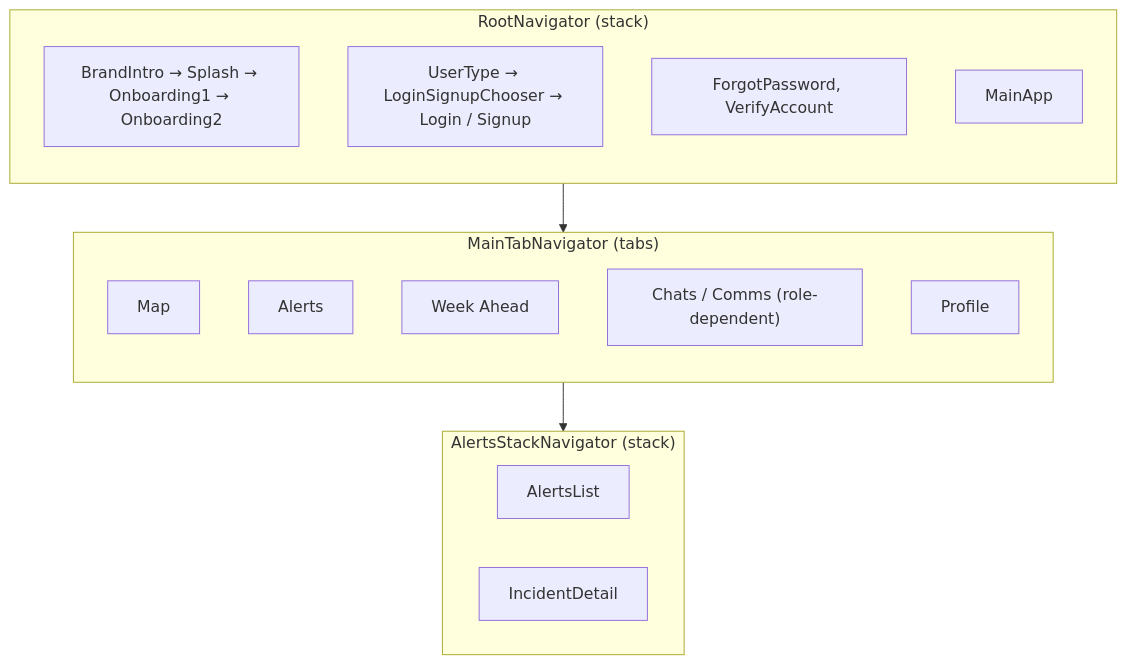
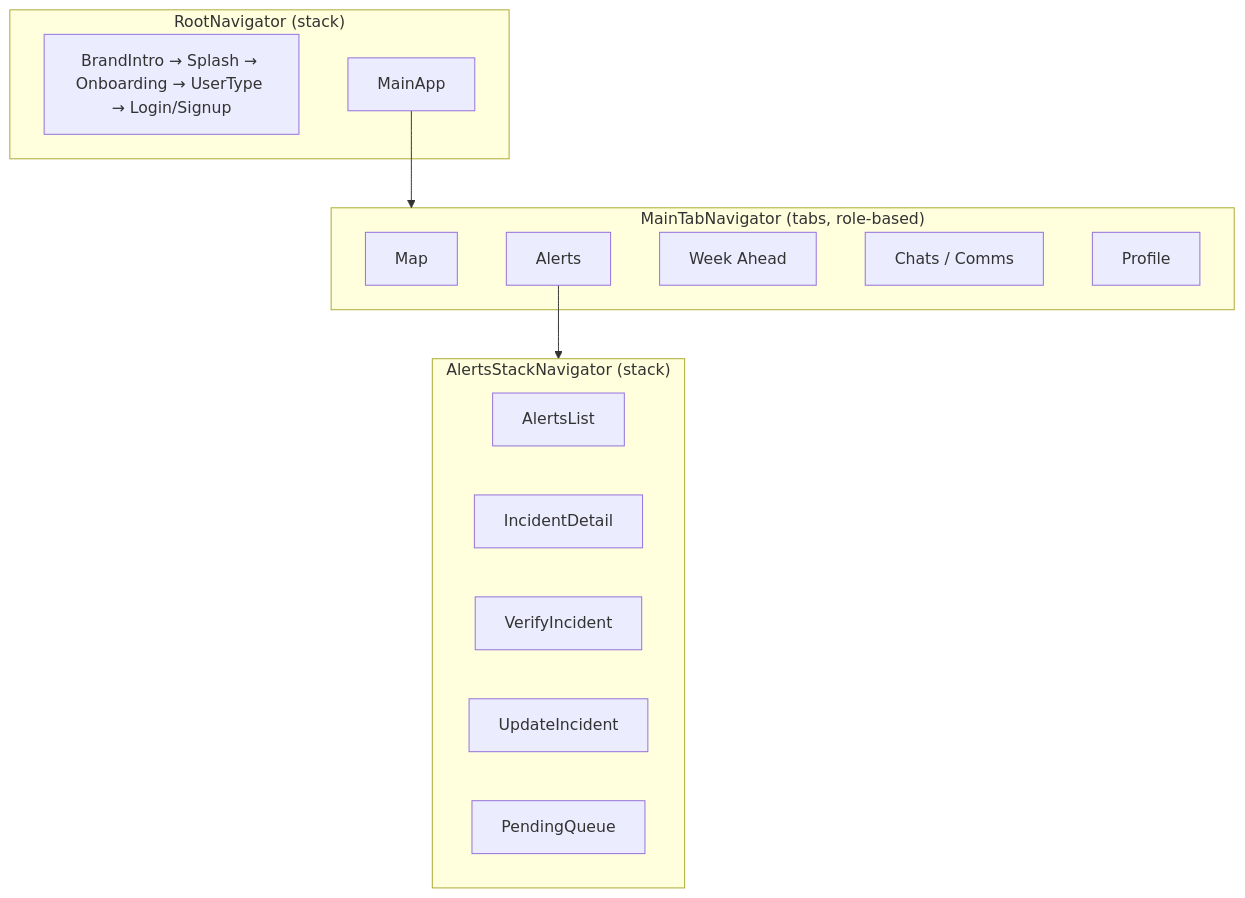
Before and after one commit to claraPochama/swiftly-mvp-road-disruption-intelligence-system: the third of 4 diagrams in frontend/Swiftly_Frontend_Documentation.md, drawn with Mermaid. The commit also changed other lines of this file and 1 other file, not shown here.

````diff
--- a/frontend/Swiftly_Frontend_Documentation.md
+++ b/frontend/Swiftly_Frontend_Documentation.md
@@ -173,27 +189,26 @@
 ```mermaid
 flowchart TD
     subgraph root["RootNavigator (stack)"]
-        direction TB
-        R1["BrandIntro → Splash → Onboarding1 → Onboarding2"]
-        R2["UserType → LoginSignupChooser → Login / Signup"]
-        R3["ForgotPassword, VerifyAccount"]
+        R1["BrandIntro → Splash → Onboarding → UserType → Login/Signup"]
         MAIN["MainApp"]
     end
 
-    subgraph tabs["MainTabNavigator (tabs)"]
-        direction TB
+    subgraph tabs["MainTabNavigator (tabs, role-based)"]
         T1["Map"]
         T2["Alerts"]
         T3["Week Ahead"]
-        T4["Chats / Comms (role-dependent)"]
+        T4["Chats / Comms"]
         T5["Profile"]
     end
 
     subgraph astack["AlertsStackNavigator (stack)"]
         A1["AlertsList"]
         A2["IncidentDetail"]
+        A3["VerifyIncident"]
+        A4["UpdateIncident"]
+        A5["PendingQueue"]
     end
 
     MAIN --> tabs
     T2 --> astack
 ```
````
